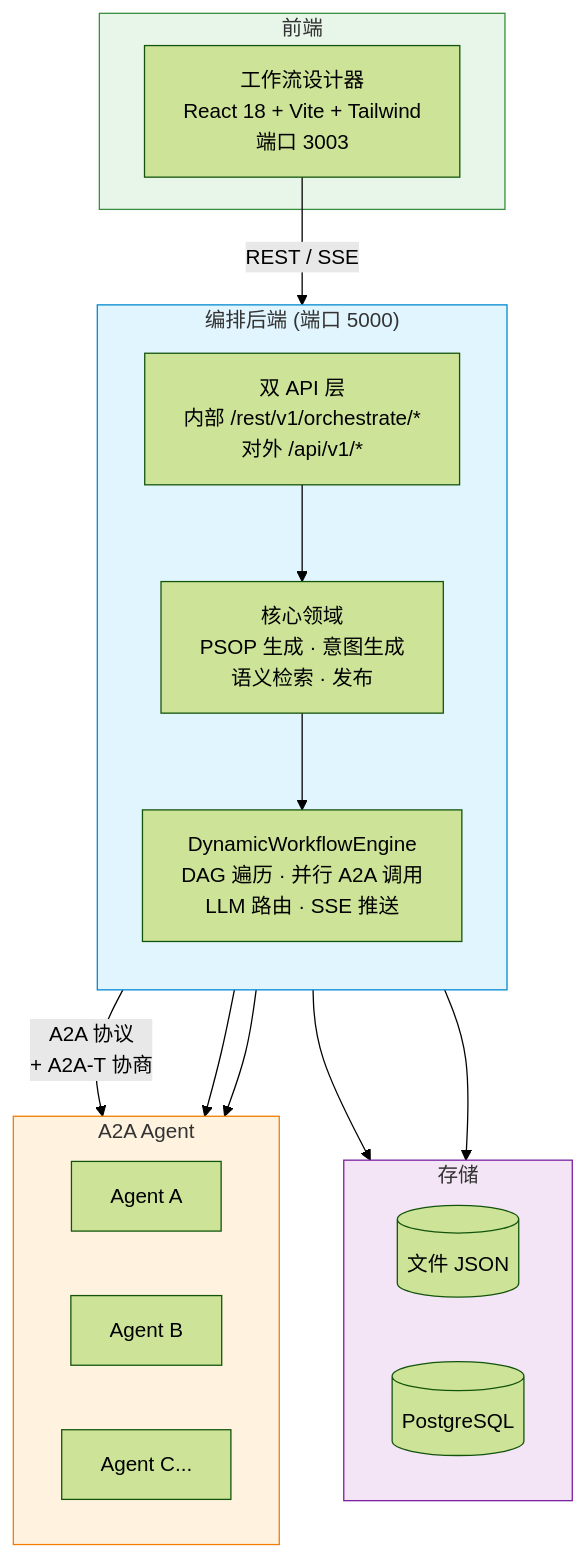
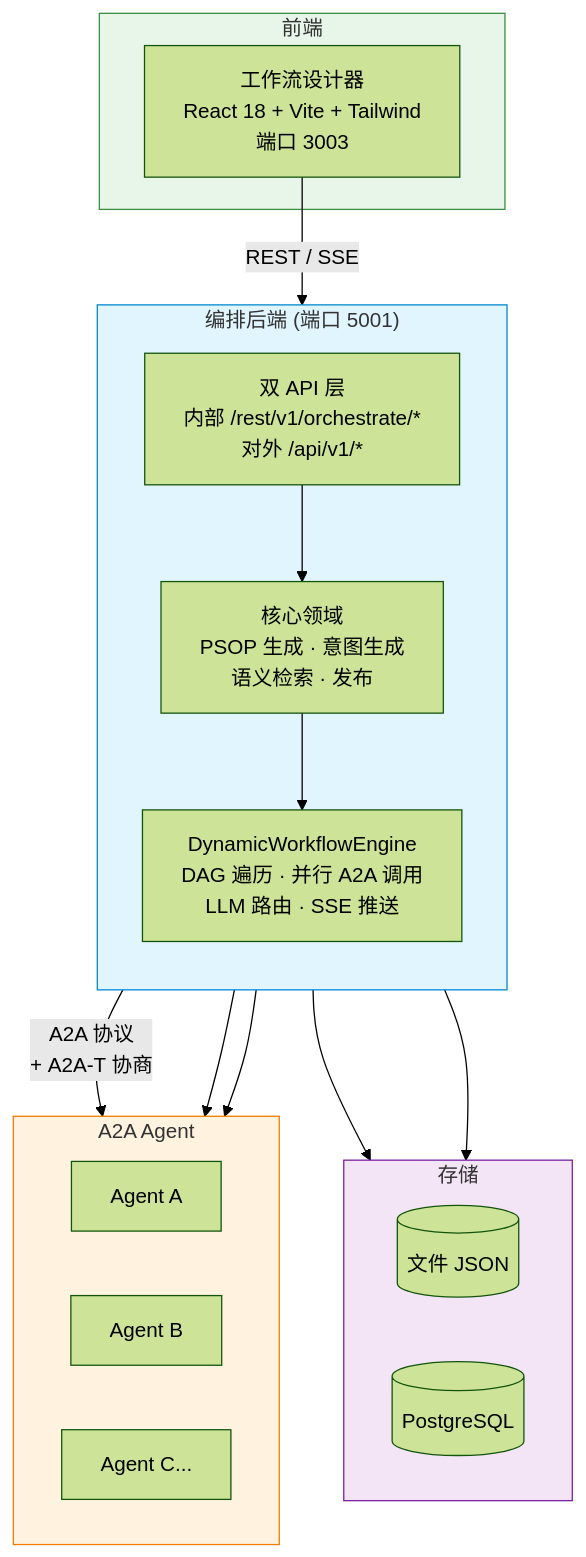
One commit to project-openan/orchestration-center changed the second of 2 diagrams in README_zh.md. Above: the diagram before and after it, drawn with Mermaid (forest theme). The commit also changed other lines of this file and 13 other files, not shown here.

````diff
--- a/README_zh.md
+++ b/README_zh.md
@@ -189,40 +189,40 @@
 ```mermaid
 flowchart TB
     subgraph frontend["前端"]
         wd["工作流设计器<br/>React 18 + Vite + Tailwind<br/>端口 3003"]
     end
 
-    subgraph backend["编排后端 (端口 5000)"]
+    subgraph backend["编排后端 (端口 5001)"]
         direction TB
         api["双 API 层<br/>内部 /rest/v1/orchestrate/*<br/>对外 /api/v1/*"]
         domain["核心领域<br/>PSOP 生成 · 意图生成<br/>语义检索 · 发布"]
         engine["DynamicWorkflowEngine<br/>DAG 遍历 · 并行 A2A 调用<br/>LLM 路由 · SSE 推送"]
     end
 
     subgraph storage["存储"]
         direction LR
         file[("文件 JSON")]
         pg[("PostgreSQL")]
     end
 
     subgraph agents["A2A Agent"]
         direction LR
         a1["Agent A"]
         a2["Agent B"]
         a3["Agent C..."]
     end
 
     wd -->|"REST / SSE"| api
     api --> domain
     domain --> engine
     engine --> file
     engine --> pg
     engine -->|"A2A 协议<br/>+ A2A-T 协商"| a1
     engine --> a2
     engine --> a3
 
     style backend fill:#e1f5fe,stroke:#0288d1
     style frontend fill:#e8f5e9,stroke:#388e3c
     style storage fill:#f3e5f5,stroke:#7b1fa2
     style agents fill:#fff3e0,stroke:#f57c00
 ```
````
